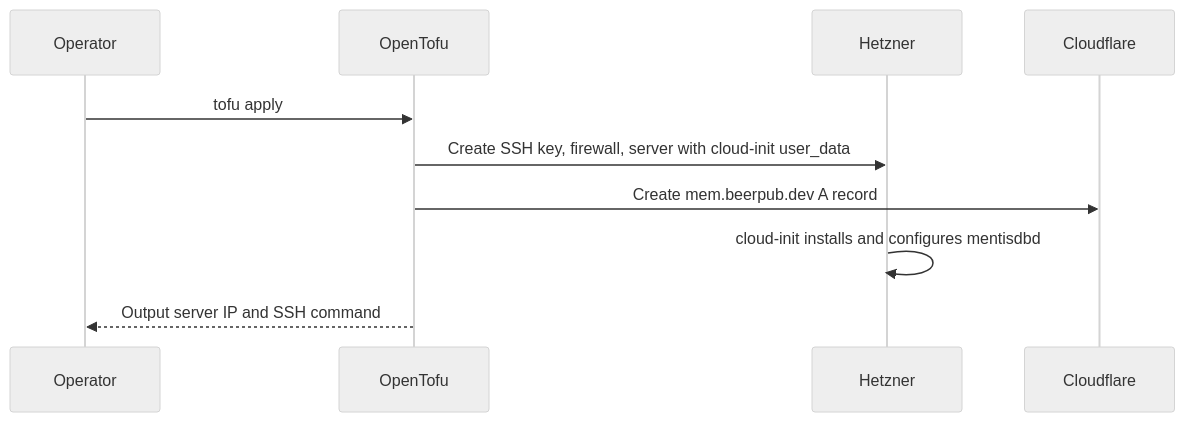
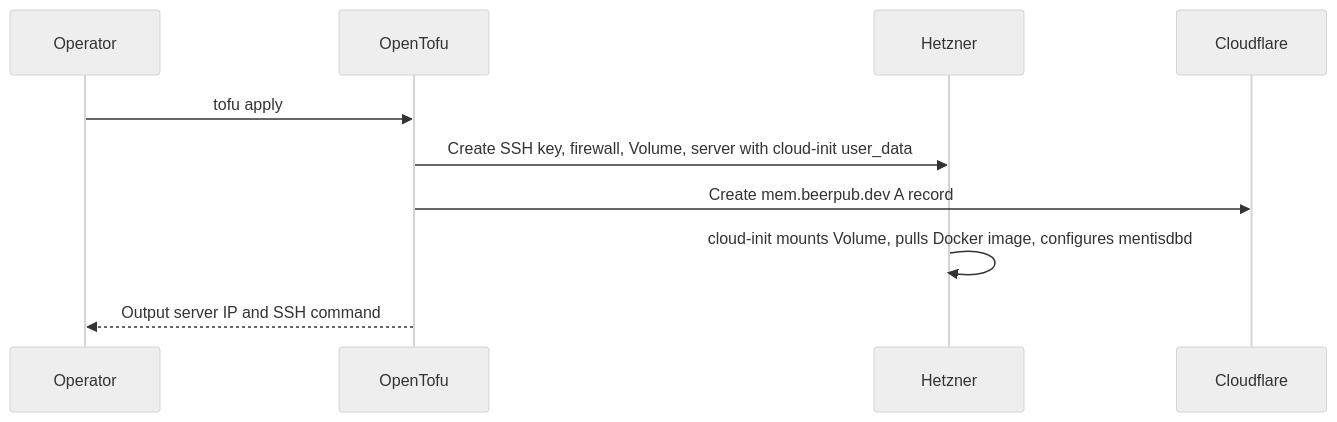
The diagram in infrastructure/terraform/mentisdb/README.md (atvirokodosprendimai/ai-pipeline-template), drawn with Mermaid (neutral theme) before and after one commit. The commit also changed other lines of this file and 3 other files, not shown here.

First line of the commit message:
refactor(mentisdb): attach volume at server creation, fold attachment resource

````diff
--- a/infrastructure/terraform/mentisdb/README.md
+++ b/infrastructure/terraform/mentisdb/README.md
@@ -83,13 +107,13 @@
 ```mermaid
 sequenceDiagram
     participant Operator
     participant OpenTofu
     participant Hetzner
     participant Cloudflare
 
     Operator->>OpenTofu: tofu apply
-    OpenTofu->>Hetzner: Create SSH key, firewall, server with cloud-init user_data
+    OpenTofu->>Hetzner: Create SSH key, firewall, Volume, server with cloud-init user_data
     OpenTofu->>Cloudflare: Create mem.beerpub.dev A record
-    Hetzner->>Hetzner: cloud-init installs and configures mentisdbd
+    Hetzner->>Hetzner: cloud-init mounts Volume, pulls Docker image, configures mentisdbd
     OpenTofu-->>Operator: Output server IP and SSH command
 ```
````
